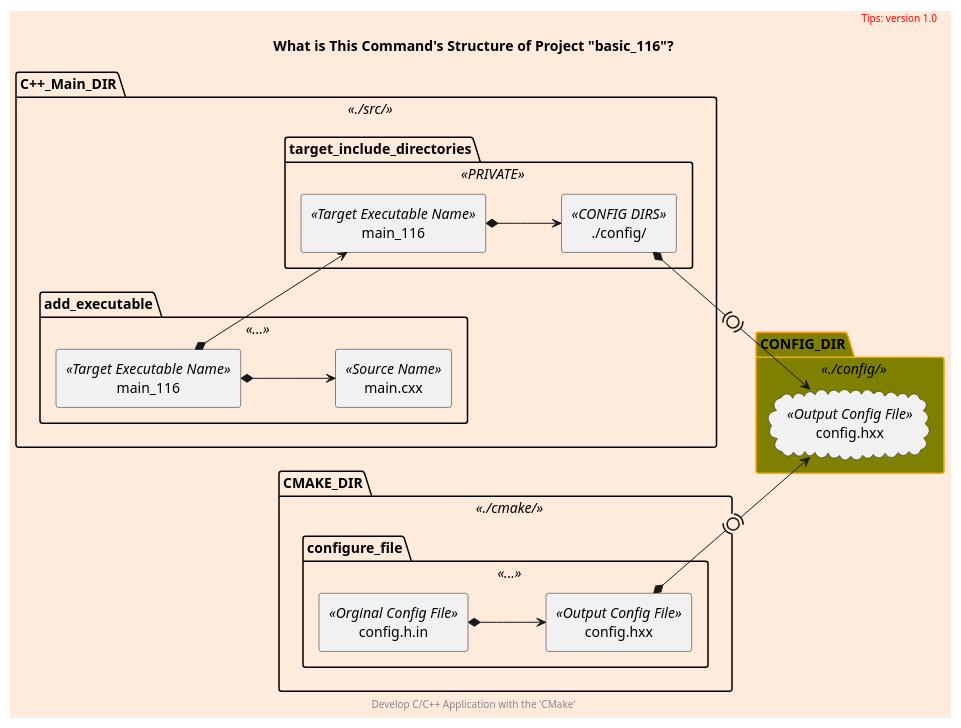
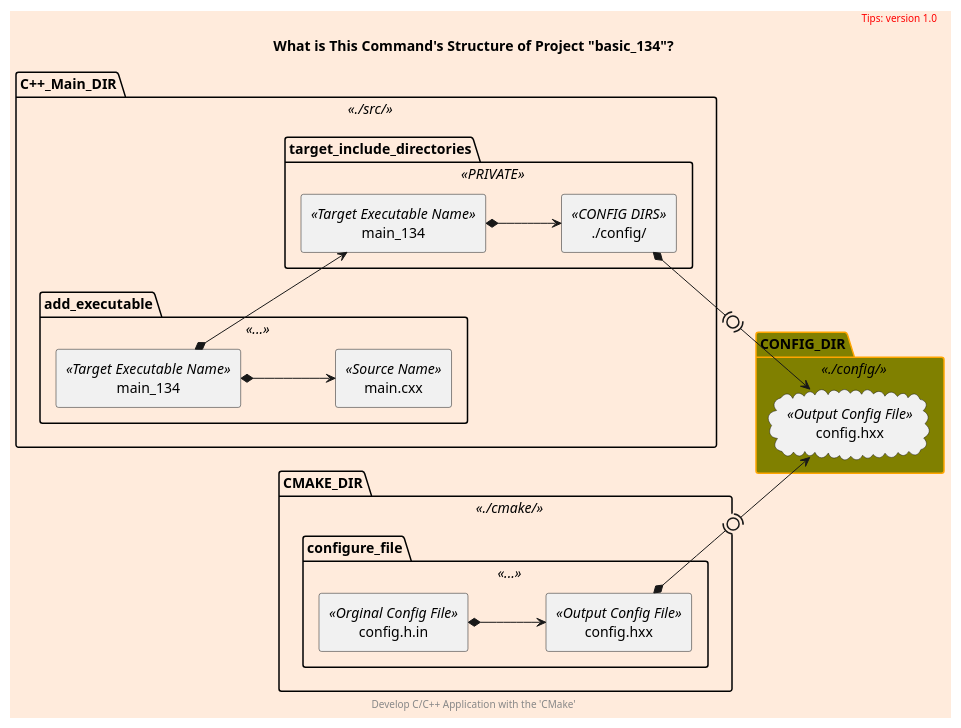
One commit to cnruby/w3h1_cmake changed the diagram in docs/what-command.puml. Above: the diagram before and after it, drawn with PlantUML. The commit also changed 27 other files, not shown here.

```diff
--- a/docs/what-command.puml
+++ b/docs/what-command.puml
@@ -1,55 +1,55 @@
 @startuml
 scale 800 width
 skinparam backgroundColor #FFEBDC
 scale 1
 
 skinparam Folder {
   backgroundColor Olive
   borderColor orange
 }
 
 left to right direction
 package C++_Main_DIR <<./src/>> as cxx_main {
     package add_executable <<...>> {
-        rectangle main_116 <<Target Executable Name>> as main_116
+        rectangle main_134 <<Target Executable Name>> as main_134
         rectangle main.cxx <<Source Name>> as main_cxx
     }
     package target_include_directories <<PRIVATE>> as include_config {
-        rectangle main_116 <<Target Executable Name>> as main_116_include
+        rectangle main_134 <<Target Executable Name>> as main_134_include
         rectangle "./config/" <<CONFIG DIRS>> as config_dir
     }
 
-    main_116 *--> main_cxx
-    main_116 *--> main_116_include
-    main_116_include *--> config_dir
+    main_134 *--> main_cxx
+    main_134 *--> main_134_include
+    main_134_include *--> config_dir
 }
 
 Folder CONFIG_DIR <<./config/>> as config_dir_out {
     cloud config.hxx <<Output Config File>> as config_hxx_out
 }
 
 package CMAKE_DIR <<./cmake/>> as cmake_config {
     package configure_file <<...>> {
         rectangle config.h.in <<Orginal Config File>> as config_h_in
         rectangle config.hxx <<Output Config File>> as config_hxx
     }
 
     config_h_in *--> config_hxx
 }
 
 
 config_dir *-(0)-> config_hxx_out
 config_hxx *-(0)-> config_hxx_out
 
 
 title
-    What is This Command's Structure of Project "basic_116"?
+    What is This Command's Structure of Project "basic_134"?
 end title
 
 header
 <font color=red>Tips: version 1.0</font>
 endheader
 
 center footer Develop C/C++ Application with the 'CMake'
 
 @enduml
```
